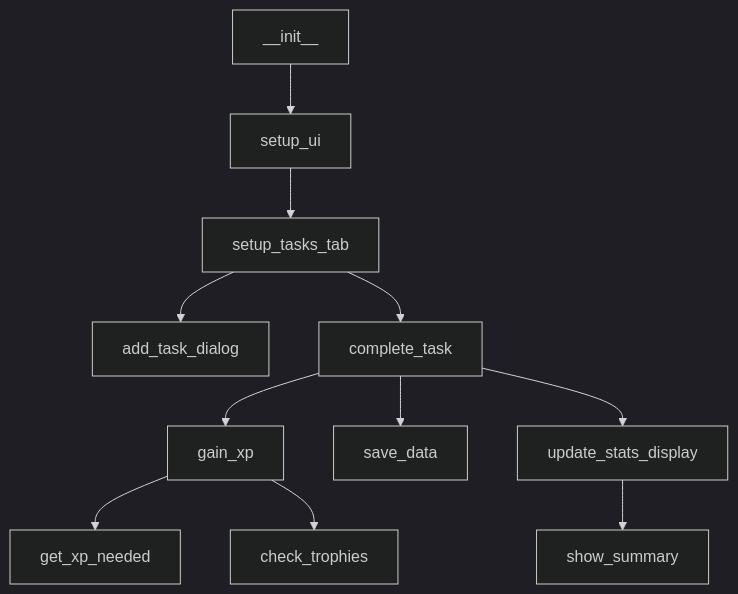
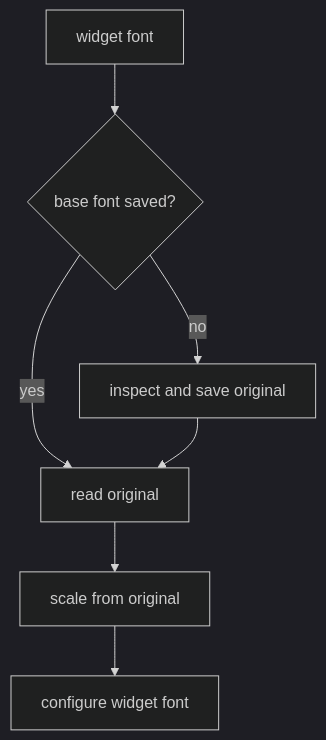
Diagram 20 of 30 in docs/beginner-guide/03-advanced.md (nimbold/LifeXP), drawn with Mermaid (dark theme) before and after one commit. The commit also changed other lines of this file, not shown here.

````diff
--- a/docs/beginner-guide/03-advanced.md
+++ b/docs/beginner-guide/03-advanced.md
@@ -622,13 +1039,9 @@
 ```mermaid
 flowchart TD
-    A["__init__"] --> B["setup_ui"]
-    B --> C["setup_tasks_tab"]
-    C --> D["add_task_dialog"]
-    C --> E["complete_task"]
-    E --> F["gain_xp"]
-    F --> G["get_xp_needed"]
-    F --> H["check_trophies"]
-    E --> I["save_data"]
-    E --> J["update_stats_display"]
-    J --> K["show_summary"]
+    A["widget font"] --> B{"base font saved?"}
+    B -->|no| C["inspect and save original"]
+    B -->|yes| D["read original"]
+    C --> D
+    D --> E["scale from original"]
+    E --> F["configure widget font"]
 ```
````
